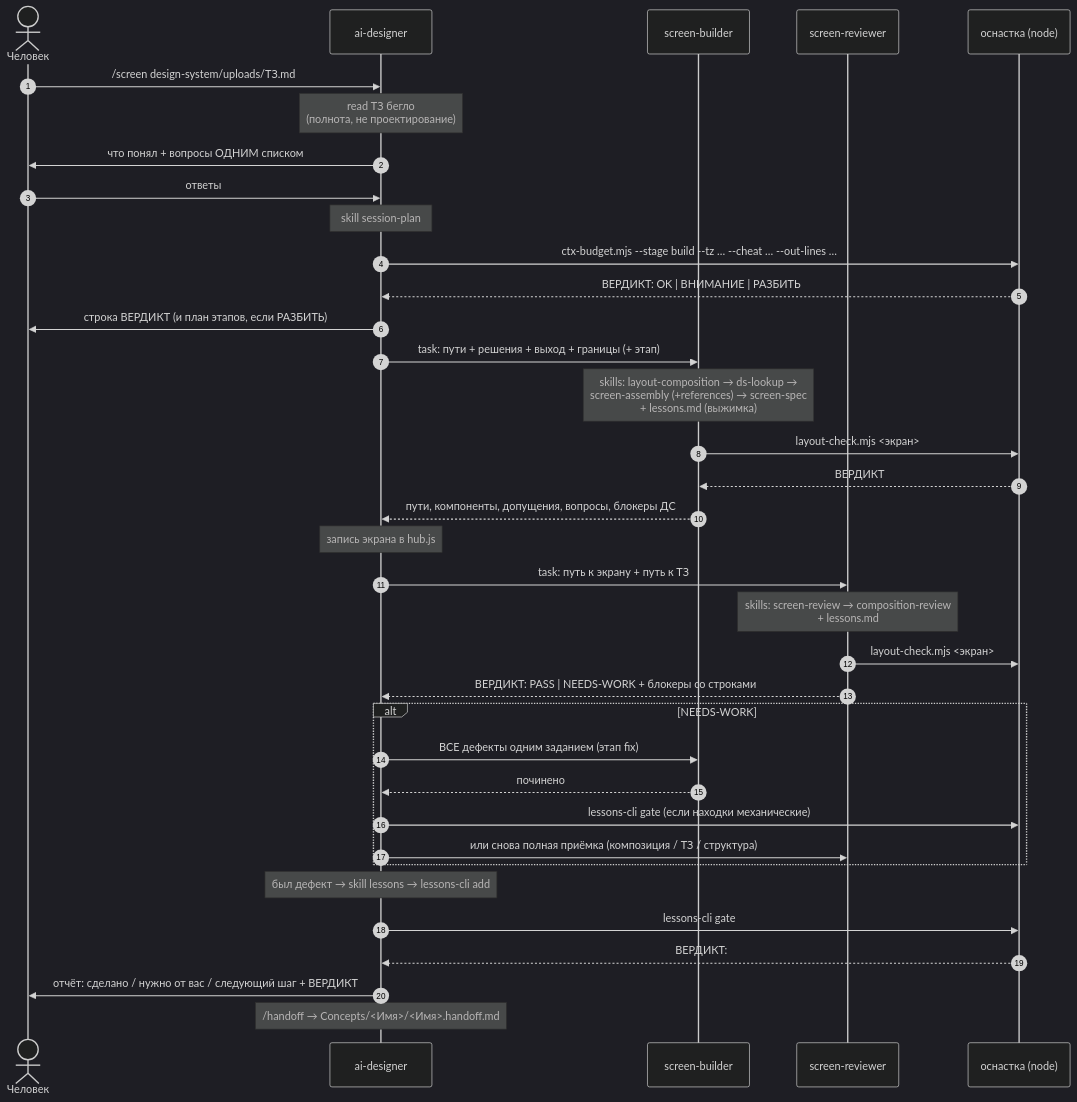
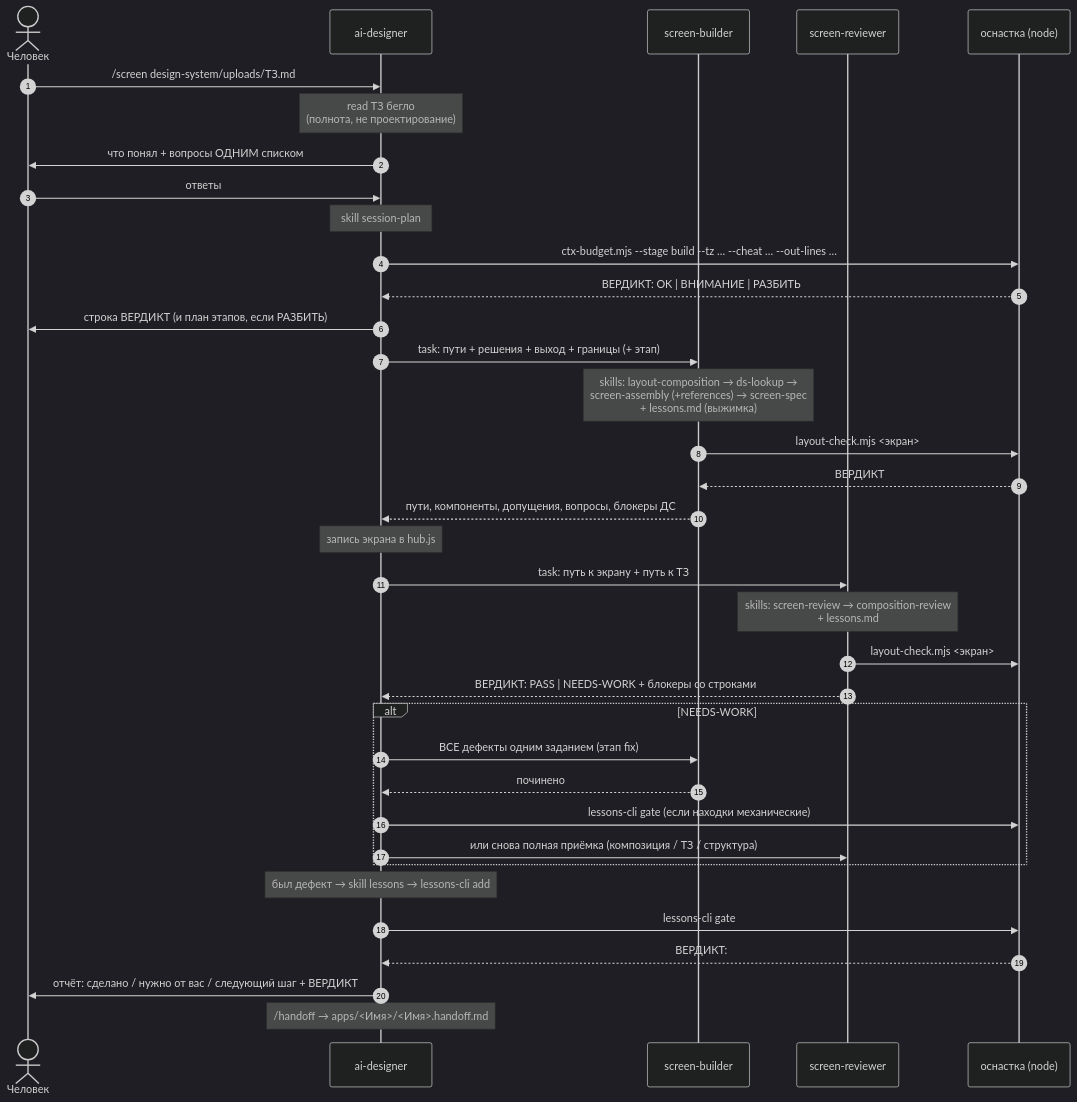
The third of 4 diagrams in docs/agent-ai-designer-working-process.md (sarosekml/ibp-design-project), drawn with Mermaid (dark theme) before and after one commit. The commit also changed other lines of this file and 204 other files, not shown here.

````diff
--- a/docs/agent-ai-designer-working-process.md
+++ b/docs/agent-ai-designer-working-process.md
@@ -168,43 +169,43 @@
 ```mermaid
 sequenceDiagram
     autonumber
     actor H as Человек
     participant D as ai-designer
     participant B as screen-builder
     participant R as screen-reviewer
     participant T as оснастка (node)
 
     H->>D: /screen design-system/uploads/ТЗ.md
     Note over D: read ТЗ бегло<br/>(полнота, не проектирование)
     D->>H: что понял + вопросы ОДНИМ списком
     H->>D: ответы
     Note over D: skill session-plan
     D->>T: ctx-budget.mjs --stage build --tz … --cheat … --out-lines …
     T-->>D: ВЕРДИКТ: OK | ВНИМАНИЕ | РАЗБИТЬ
     D->>H: строка ВЕРДИКТ (и план этапов, если РАЗБИТЬ)
 
     D->>B: task: пути + решения + выход + границы (+ этап)
     Note over B: skills: layout-composition → ds-lookup →<br/>screen-assembly (+references) → screen-spec<br/>+ lessons.md (выжимка)
     B->>T: layout-check.mjs <экран>
     T-->>B: ВЕРДИКТ
     B-->>D: пути, компоненты, допущения, вопросы, блокеры ДС
     Note over D: запись экрана в hub.js
 
     D->>R: task: путь к экрану + путь к ТЗ
     Note over R: skills: screen-review → composition-review<br/>+ lessons.md
     R->>T: layout-check.mjs <экран>
     R-->>D: ВЕРДИКТ: PASS | NEEDS-WORK + блокеры со строками
 
     alt NEEDS-WORK
         D->>B: ВСЕ дефекты одним заданием (этап fix)
         B-->>D: починено
         D->>T: lessons-cli gate (если находки механические)
         D->>R: или снова полная приёмка (композиция / ТЗ / структура)
     end
 
     Note over D: был дефект → skill lessons → lessons-cli add
     D->>T: lessons-cli gate
     T-->>D: ВЕРДИКТ:
     D->>H: отчёт: сделано / нужно от вас / следующий шаг + ВЕРДИКТ
-    Note over D: /handoff → Concepts/<Имя>/<Имя>.handoff.md
+    Note over D: /handoff → apps/<Имя>/<Имя>.handoff.md
 ```
````
